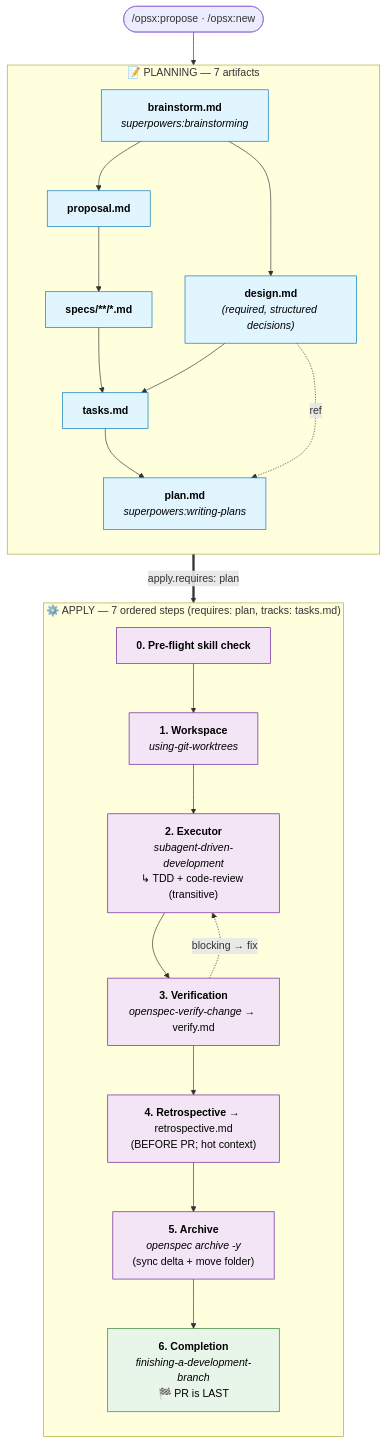
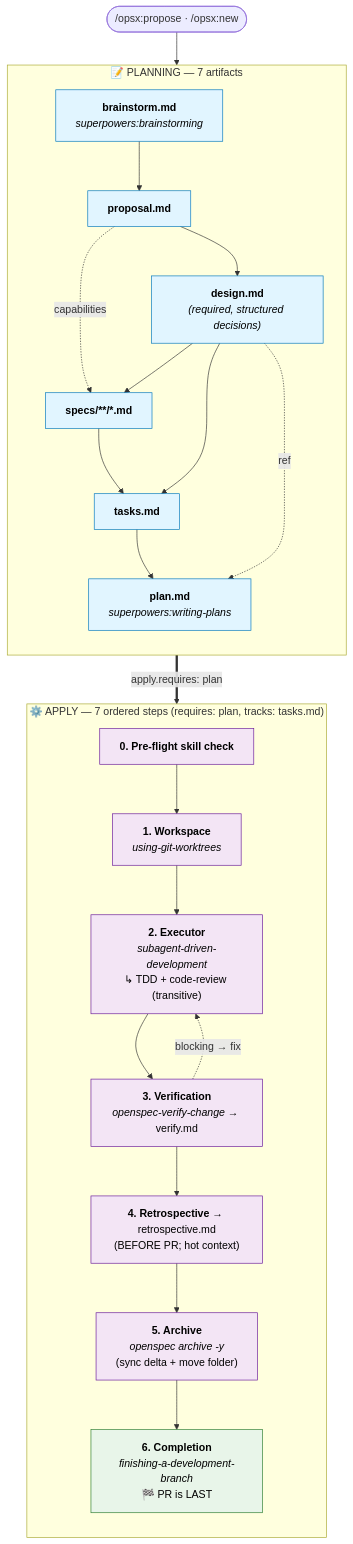
Before and after one commit to AlekseiSeleznev/openspec-schemas: the diagram in superpowers-bridge/README.md, drawn with Mermaid. The commit also changed other lines of this file and 5 other files, not shown here.

````diff
--- a/superpowers-bridge/README.md
+++ b/superpowers-bridge/README.md
@@ -271,48 +269,49 @@
 ```mermaid
 flowchart TD
     Start([/opsx:propose · /opsx:new])
 
     subgraph Plan ["📝 PLANNING — 7 artifacts"]
         direction TB
         BS["<b>brainstorm.md</b><br/><i>superpowers:brainstorming</i>"]
         PROP["<b>proposal.md</b>"]
         DES["<b>design.md</b><br/><i>(required, structured decisions)</i>"]
         SP["<b>specs/**/*.md</b>"]
         TK["<b>tasks.md</b>"]
         PL["<b>plan.md</b><br/><i>superpowers:writing-plans</i>"]
 
         BS --> PROP
-        BS --> DES
-        PROP --> SP
+        PROP --> DES
+        PROP -. capabilities .-> SP
+        DES --> SP
         SP --> TK
         DES --> TK
         TK --> PL
         DES -. ref .-> PL
     end
 
     subgraph Apply ["⚙️ APPLY — 7 ordered steps (requires: plan, tracks: tasks.md)"]
         direction TB
         A0["<b>0. Pre-flight skill check</b>"]
         A1["<b>1. Workspace</b><br/><i>using-git-worktrees</i>"]
         A2["<b>2. Executor</b><br/><i>subagent-driven-development</i><br/>↳ TDD + code-review (transitive)"]
         A3["<b>3. Verification</b><br/><i>openspec-verify-change</i> → verify.md"]
         A4["<b>4. Retrospective</b> → retrospective.md<br/>(BEFORE PR; hot context)"]
         A5["<b>5. Archive</b><br/><i>openspec archive -y</i><br/>(sync delta + move folder)"]
         A6["<b>6. Completion</b><br/><i>finishing-a-development-branch</i><br/>🏁 PR is LAST"]
 
         A0 --> A1 --> A2 --> A3
         A3 -. blocking → fix .-> A2
         A3 --> A4 --> A5 --> A6
     end
 
     Start --> BS
     PL ==>|apply.requires: plan| A0
 
     classDef artifact fill:#e1f5ff,stroke:#0277bd,color:#000
     classDef step fill:#f3e5f5,stroke:#6a1b9a,color:#000
     classDef capstone fill:#e8f5e9,stroke:#2e7d32,color:#000
 
     class BS,PROP,DES,SP,TK,PL artifact
     class A0,A1,A2,A3,A4,A5 step
     class A6 capstone
 ```
````
